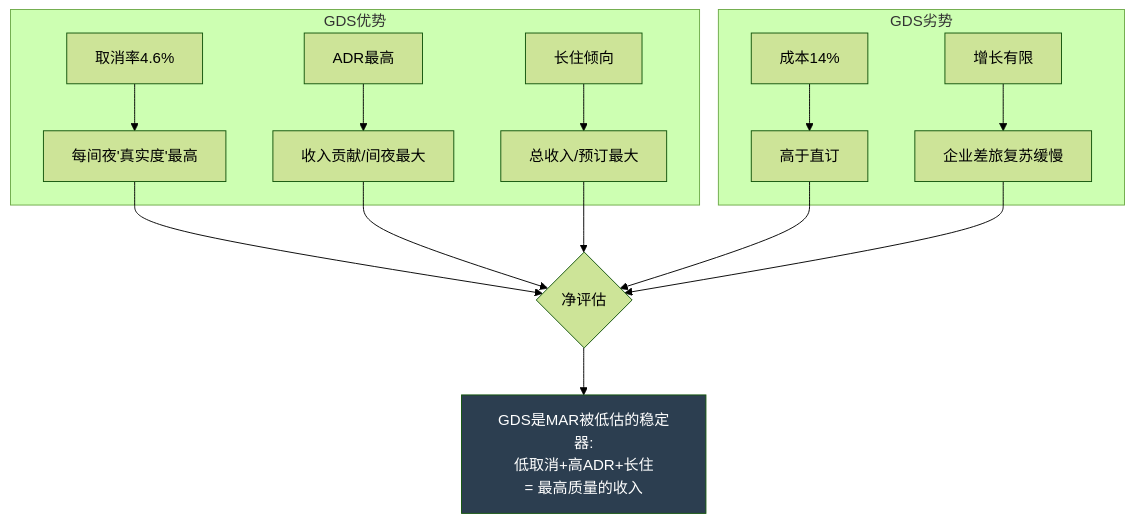
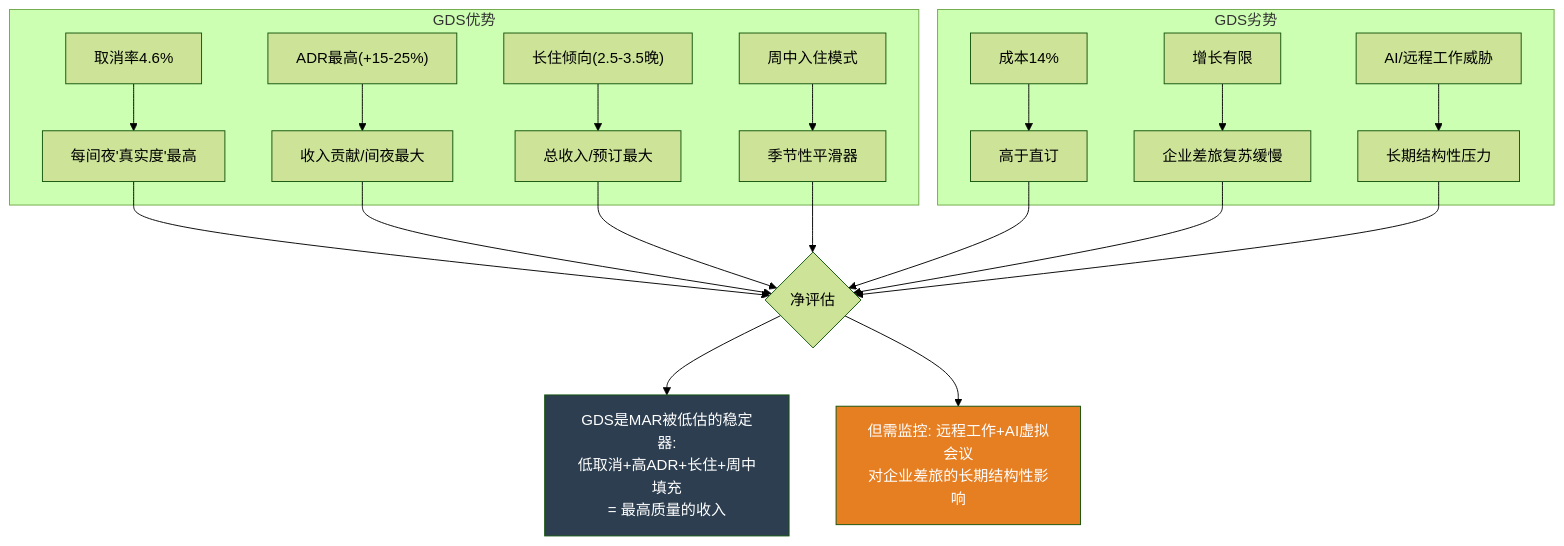
One commit to miltonnewyork25-afk/investment-master changed the third of 7 diagrams in staging/MAR_P1/MAR_P1_AgentC.md. Above: the diagram before and after it, drawn with Mermaid (forest theme). The commit also changed other lines of this file and 16 other files, not shown here.

````diff
--- a/staging/MAR_P1/MAR_P1_AgentC.md
+++ b/staging/MAR_P1/MAR_P1_AgentC.md
@@ -228,20 +300,26 @@
 ```mermaid
 flowchart TB
     subgraph GDS优势
-        A["取消率4.6%"] --> D[每间夜'真实度'最高]
-        B["ADR最高"] --> E[收入贡献/间夜最大]
-        C["长住倾向"] --> F[总收入/预订最大]
+        A["取消率4.6%"] --> D["每间夜'真实度'最高"]
+        B["ADR最高(+15-25%)"] --> E["收入贡献/间夜最大"]
+        C["长住倾向(2.5-3.5晚)"] --> F["总收入/预订最大"]
+        C2["周中入住模式"] --> F2["季节性平滑器"]
     end
     subgraph GDS劣势
-        G["成本14%"] --> H[高于直订]
-        I["增长有限"] --> J[企业差旅复苏缓慢]
+        G["成本14%"] --> H["高于直订"]
+        I["增长有限"] --> J["企业差旅复苏缓慢"]
+        I2["AI/远程工作威胁"] --> J2["长期结构性压力"]
     end
     D --> K{净评估}
     E --> K
     F --> K
+    F2 --> K
     H --> K
     J --> K
-    K --> L["GDS是MAR被低估的稳定器:<br/>低取消+高ADR+长住<br/>= 最高质量的收入"]
+    J2 --> K
+    K --> L["GDS是MAR被低估的稳定器:<br/>低取消+高ADR+长住+周中填充<br/>= 最高质量的收入"]
+    K --> L2["但需监控: 远程工作+AI虚拟会议<br/>对企业差旅的长期结构性影响"]
 
     style L fill:#2c3e50,color:#fff
+    style L2 fill:#e67e22,color:#fff
 ```
````
